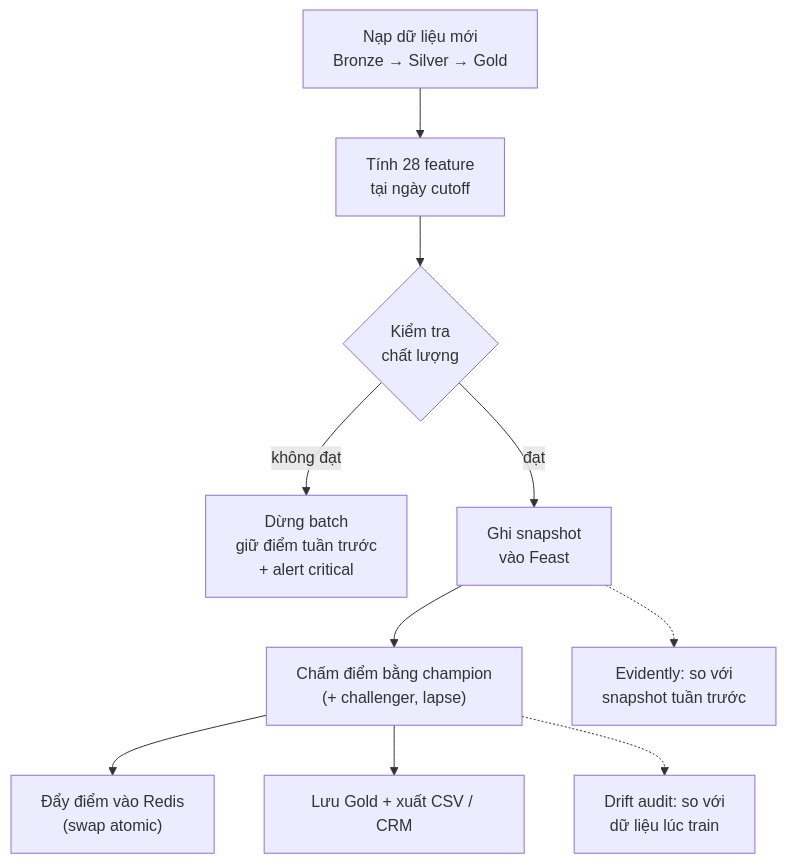
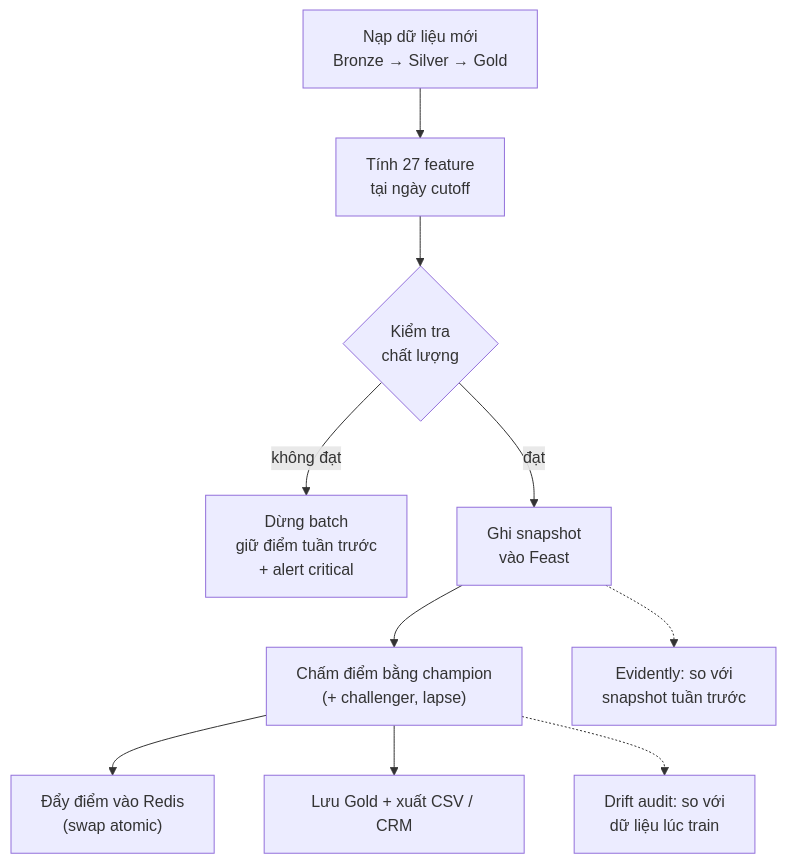
One commit to kien3007/PropensityModel changed the second of 5 diagrams in docs/architecture/ARCHITECTURE.md. Above: the diagram before and after it, drawn with Mermaid. The commit also changed other lines of this file and 24 other files, not shown here.

````diff
--- a/docs/architecture/ARCHITECTURE.md
+++ b/docs/architecture/ARCHITECTURE.md
@@ -41,12 +41,12 @@
 ```mermaid
 flowchart TD
-    A["Nạp dữ liệu mới<br/>Bronze → Silver → Gold"] --> B["Tính 28 feature<br/>tại ngày cutoff"]
+    A["Nạp dữ liệu mới<br/>Bronze → Silver → Gold"] --> B["Tính 27 feature<br/>tại ngày cutoff"]
     B --> C{"Kiểm tra<br/>chất lượng"}
     C -- "không đạt" --> X["Dừng batch<br/>giữ điểm tuần trước<br/>+ alert critical"]
     C -- "đạt" --> D["Ghi snapshot<br/>vào Feast"]
     D --> E["Chấm điểm bằng champion<br/>(+ challenger, lapse)"]
     E --> F["Đẩy điểm vào Redis<br/>(swap atomic)"]
     E --> G["Lưu Gold + xuất CSV / CRM"]
     D -.-> H["Evidently: so với<br/>snapshot tuần trước"]
     E -.-> I["Drift audit: so với<br/>dữ liệu lúc train"]
 ```
````
